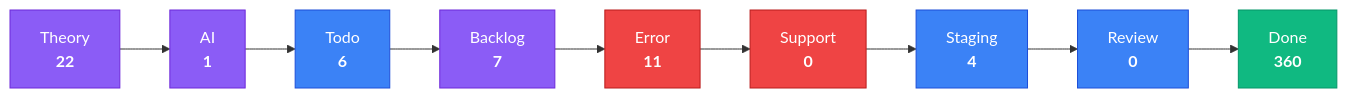
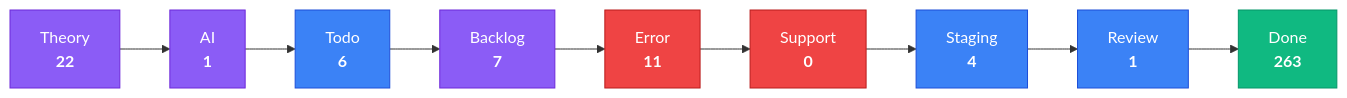
The third of 4 diagrams in apps/kbve/astro-kbve/src/content/docs/dashboard/kanban-data.mdx (KBVE/kbve), drawn with Mermaid before and after one commit. The commit also changed other lines of this file and 8 other files, not shown here.

````diff
--- a/apps/kbve/astro-kbve/src/content/docs/dashboard/kanban-data.mdx
+++ b/apps/kbve/astro-kbve/src/content/docs/dashboard/kanban-data.mdx
@@ -79,28 +80,28 @@
 ```mermaid
 flowchart LR
     classDef planning fill:#8b5cf6,stroke:#6d28d9,color:#fff
     classDef active fill:#3b82f6,stroke:#1d4ed8,color:#fff
     classDef blocked fill:#ef4444,stroke:#b91c1c,color:#fff
     classDef done fill:#10b981,stroke:#059669,color:#fff
     Theory["Theory<br/><strong>22</strong>"]
     Theory --> AI
     AI["AI<br/><strong>1</strong>"]
     AI --> Todo
     Todo["Todo<br/><strong>6</strong>"]
     Todo --> Backlog
     Backlog["Backlog<br/><strong>7</strong>"]
     Backlog --> Error
     Error["Error<br/><strong>11</strong>"]
     Error --> Support
     Support["Support<br/><strong>0</strong>"]
     Support --> Staging
     Staging["Staging<br/><strong>4</strong>"]
     Staging --> Review
-    Review["Review<br/><strong>0</strong>"]
+    Review["Review<br/><strong>1</strong>"]
     Review --> Done
-    Done["Done<br/><strong>360</strong>"]
+    Done["Done<br/><strong>263</strong>"]
     class Theory,AI,Backlog planning
     class Todo,Staging,Review active
     class Error,Support blocked
     class Done done
 ```
````
